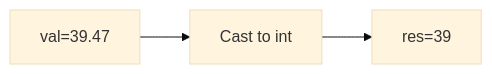
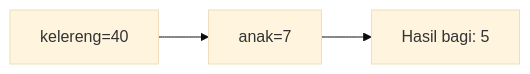
One commit to amnahwaida/OSNK_INF_PREP changed diagram 16 of 25 in part-c-pemahaman-cpp/01-tipe-data/latihan/set-05.md. Above: the diagram before and after it, drawn with Mermaid (base theme). The commit also changed other lines of this file and 71 other files, not shown here.

````diff
--- a/part-c-pemahaman-cpp/01-tipe-data/latihan/set-05.md
+++ b/part-c-pemahaman-cpp/01-tipe-data/latihan/set-05.md
@@ -402,5 +452,5 @@
 ```mermaid
 graph LR
-A["val=39.47"] --> B["Cast to int"]
-B --> C["res=39"]
+A["kelereng=40"] --> B["anak=7"]
+B --> C["Hasil bagi: 5"]
 ```
````
